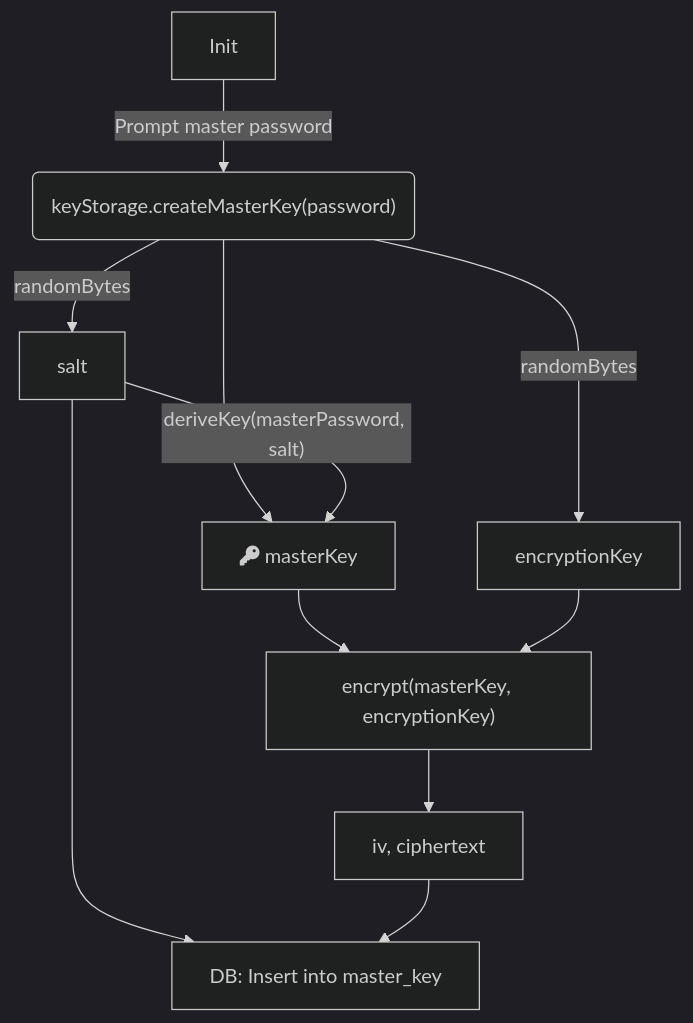
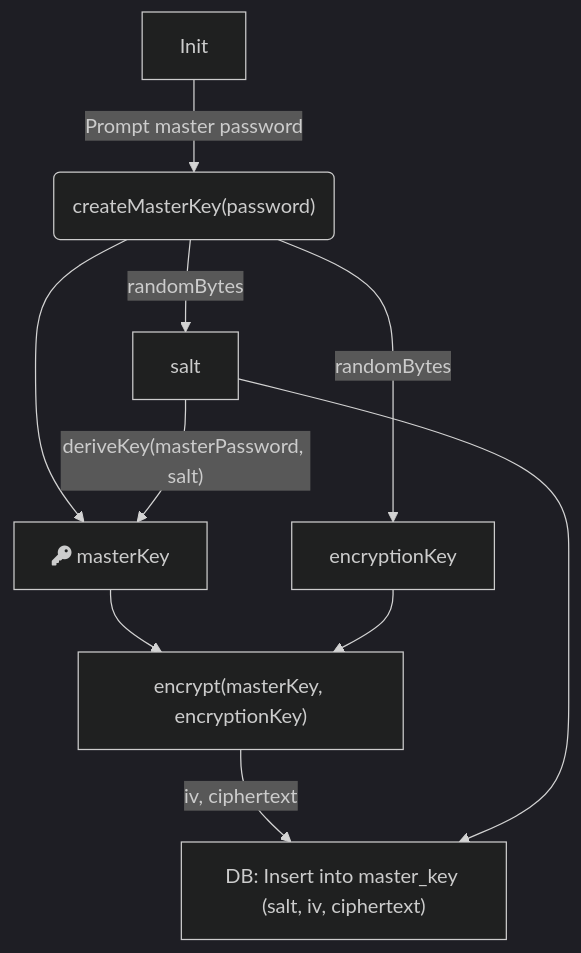
Before and after one commit to brunohaetinger/locker-bun: the first of 3 diagrams in README.md, drawn with Mermaid (dark theme).

Commit message:
Fix init flow diagram

````diff
--- a/README.md
+++ b/README.md
@@ -34,13 +34,12 @@
 ```mermaid
 flowchart TD
-    A[Init] -->|Prompt master password| B("keyStorage.createMasterKey(password)")
+    A[Init] -->|Prompt master password| B("createMasterKey(password)")
     B -->|randomBytes| E[encryptionKey]
     B -->|randomBytes| D[salt]
     B --> F[fa:fa-key masterKey]
     D -->|"deriveKey(masterPassword, salt)"| F[fa:fa-key masterKey]
     F --> I["encrypt(masterKey, encryptionKey)"]
     E --> I
-    I --> G[iv, ciphertext]
-    D --> H[DB: Insert into master_key]
-    G --> H
+    I -->|iv, ciphertext| H
+    D --> H["DB: Insert into master_key (salt, iv, ciphertext)"]
 ```
````
